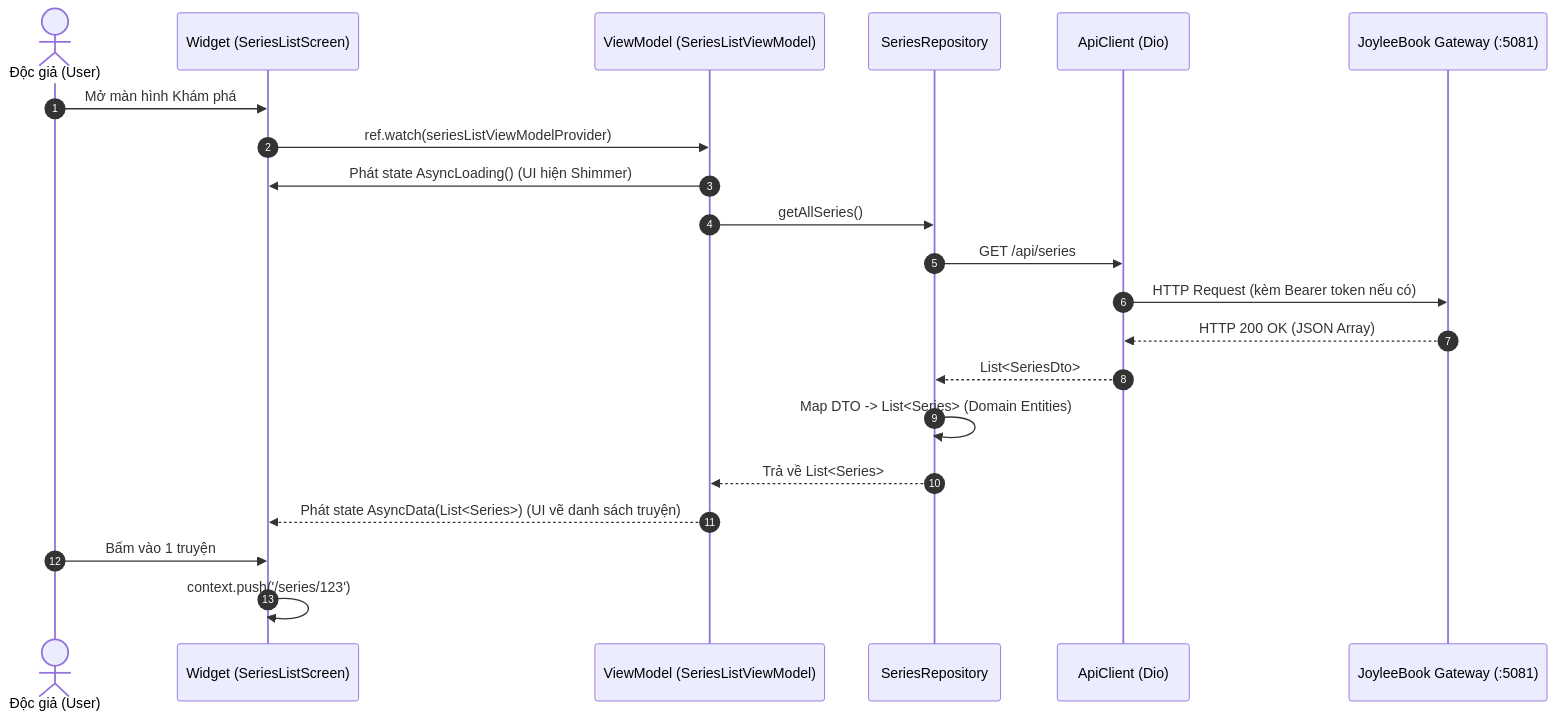
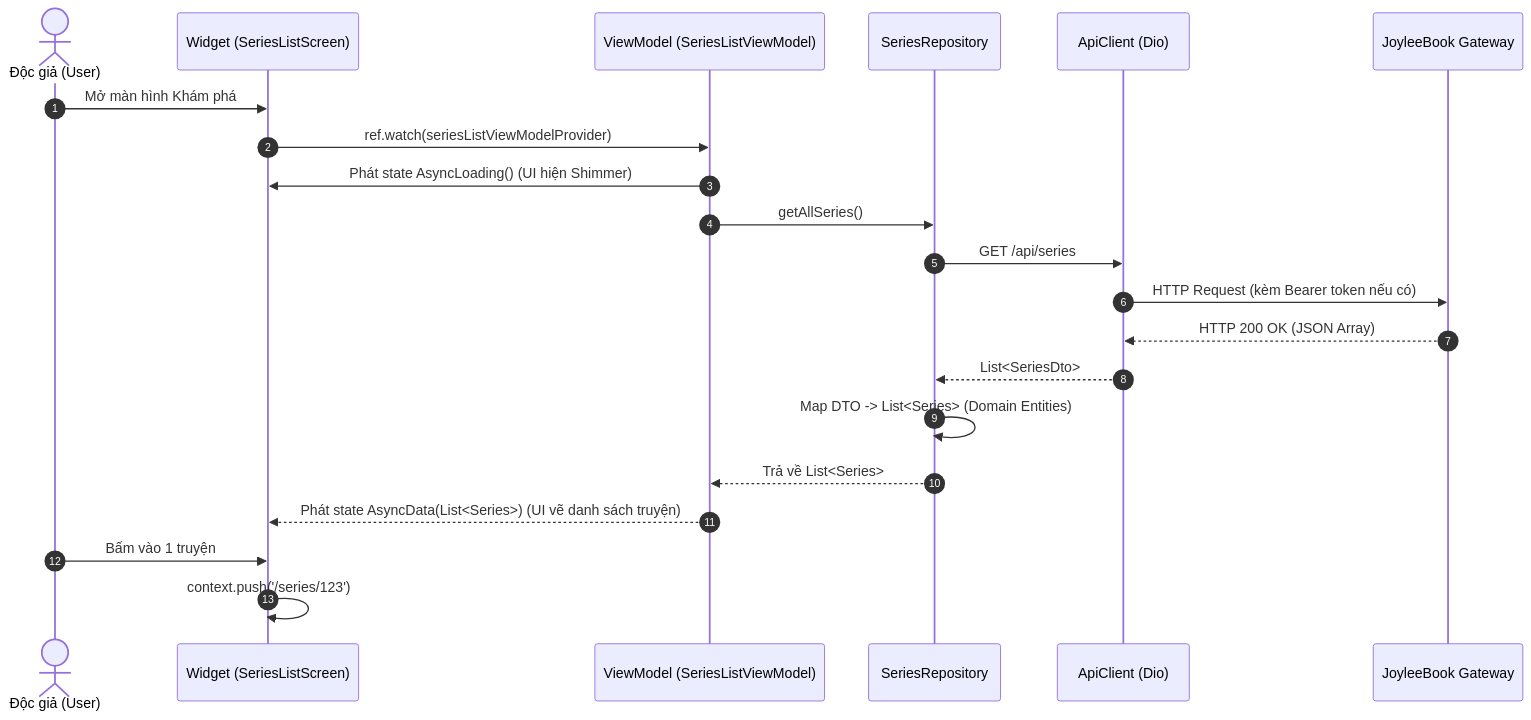
The third of 4 diagrams in docs/02-Mobile-Architecture.md (Trunguyen104/joyleebook_mobile), drawn with Mermaid before and after one commit. The commit also changed other lines of this file and 15 other files, not shown here.

````diff
--- a/docs/02-Mobile-Architecture.md
+++ b/docs/02-Mobile-Architecture.md
@@ -140,24 +140,24 @@
 ```mermaid
 sequenceDiagram
     autonumber
     actor Reader as Độc giả (User)
     participant UI as Widget (SeriesListScreen)
     participant VM as ViewModel (SeriesListViewModel)
     participant Repo as SeriesRepository
     participant Client as ApiClient (Dio)
-    participant GW as JoyleeBook Gateway (:5081)
+    participant GW as JoyleeBook Gateway
 
     Reader->>UI: Mở màn hình Khám phá
     UI->>VM: ref.watch(seriesListViewModelProvider)
     VM->>UI: Phát state AsyncLoading() (UI hiện Shimmer)
     VM->>Repo: getAllSeries()
     Repo->>Client: GET /api/series
     Client->>GW: HTTP Request (kèm Bearer token nếu có)
     GW-->>Client: HTTP 200 OK (JSON Array)
     Client-->>Repo: List<SeriesDto>
     Repo->>Repo: Map DTO -> List<Series> (Domain Entities)
     Repo-->>VM: Trả về List<Series>
     VM-->>UI: Phát state AsyncData(List<Series>) (UI vẽ danh sách truyện)
     Reader->>UI: Bấm vào 1 truyện
     UI->>UI: context.push('/series/123')
 ```
````
